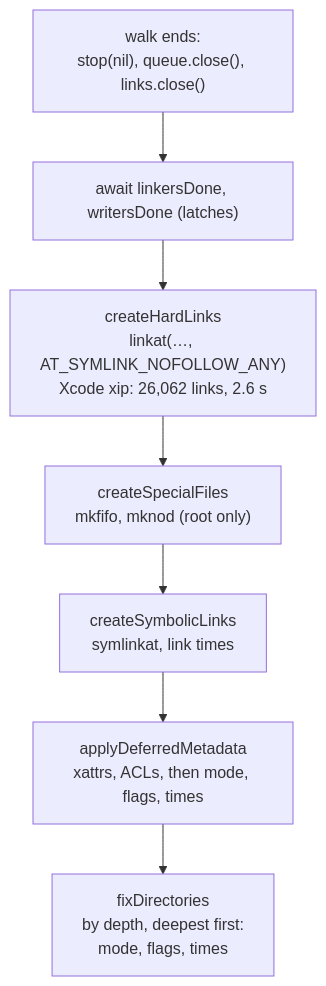
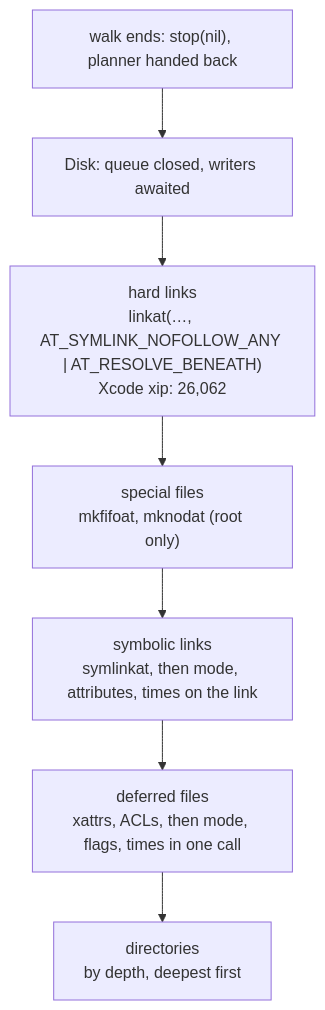
The fourth of 5 diagrams in NativeAEA/ARCHITECTURE.md (jshier/Experiments), drawn with Mermaid before and after one commit. The commit also changed other lines of this file and 194 other files, not shown here.

````diff
--- a/NativeAEA/ARCHITECTURE.md
+++ b/NativeAEA/ARCHITECTURE.md
@@ -530,9 +481,9 @@
 ```mermaid
 flowchart TB
-    W["walk ends:<br/>stop(nil), queue.close(), links.close()"] --> J["await linkersDone, writersDone (latches)"]
-    J --> H["createHardLinks<br/>linkat(…, AT_SYMLINK_NOFOLLOW_ANY)<br/>Xcode xip: 26,062 links, 2.6 s"]
-    H --> SF["createSpecialFiles<br/>mkfifo, mknod (root only)"]
-    SF --> SL["createSymbolicLinks<br/>symlinkat, link times"]
-    SL --> DM["applyDeferredMetadata<br/>xattrs, ACLs, then mode, flags, times"]
-    DM --> DF["fixDirectories<br/>by depth, deepest first:<br/>mode, flags, times"]
+    W["walk ends: stop(nil), planner handed back"] --> J["Disk: queue closed, writers awaited"]
+    J --> H["hard links<br/>linkat(…, AT_SYMLINK_NOFOLLOW_ANY | AT_RESOLVE_BENEATH)<br/>Xcode xip: 26,062"]
+    H --> SF["special files<br/>mkfifoat, mknodat (root only)"]
+    SF --> SL["symbolic links<br/>symlinkat, then mode, attributes, times on the link"]
+    SL --> DM["deferred files<br/>xattrs, ACLs, then mode, flags, times in one call"]
+    DM --> DF["directories<br/>by depth, deepest first"]
 ```
````
